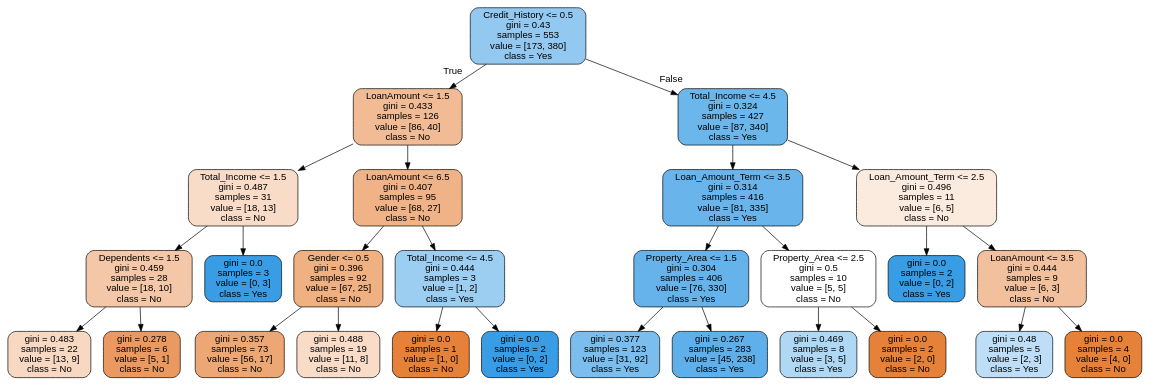
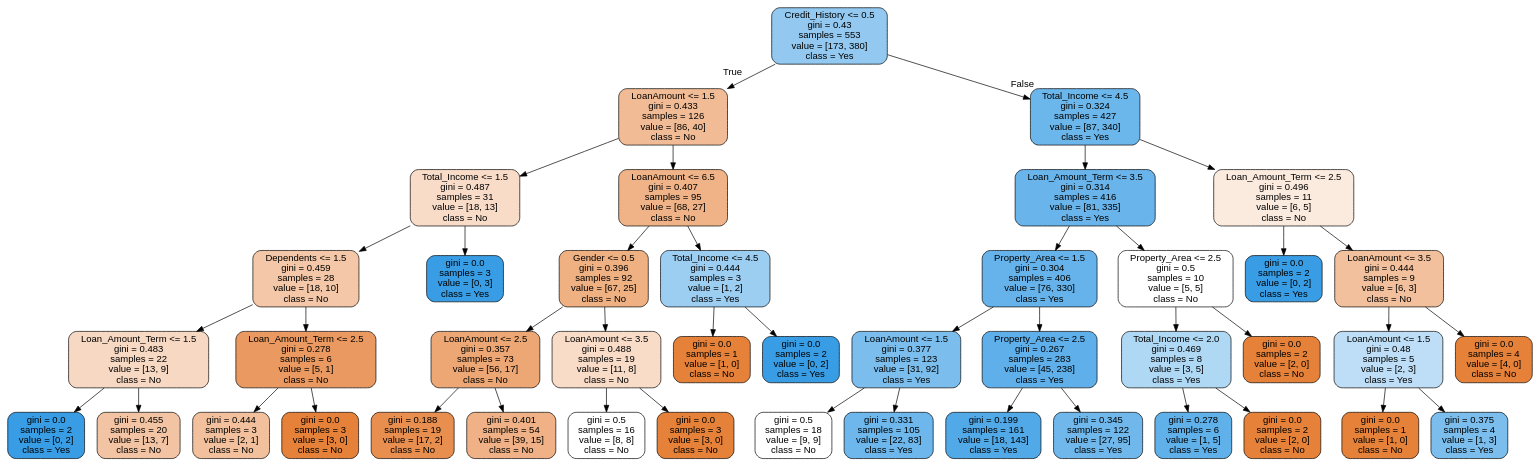
The diagram in Loan_prediction_usingDecision_tree/prediction_tree.dot (asmitaece88/Machine_Deep_learning), drawn with Graphviz before and after one commit. The commit also changed 2 other files, not shown here.

Commit message:
Adding code for Loan prediction

```diff
--- a/Loan_prediction_usingDecision_tree/prediction_tree.dot
+++ b/Loan_prediction_usingDecision_tree/prediction_tree.dot
@@ -1,57 +1,89 @@
 digraph Tree {
 node [shape=box, style="filled, rounded", color="black", fontname=helvetica] ;
 edge [fontname=helvetica] ;
 0 [label="Credit_History <= 0.5\ngini = 0.43\nsamples = 553\nvalue = [173, 380]\nclass = Yes", fillcolor="#399de58b"] ;
 1 [label="LoanAmount <= 1.5\ngini = 0.433\nsamples = 126\nvalue = [86, 40]\nclass = No", fillcolor="#e5813988"] ;
 0 -> 1 [labeldistance=2.5, labelangle=45, headlabel="True"] ;
 2 [label="Total_Income <= 1.5\ngini = 0.487\nsamples = 31\nvalue = [18, 13]\nclass = No", fillcolor="#e5813947"] ;
 1 -> 2 ;
 3 [label="Dependents <= 1.5\ngini = 0.459\nsamples = 28\nvalue = [18, 10]\nclass = No", fillcolor="#e5813971"] ;
 2 -> 3 ;
-4 [label="gini = 0.483\nsamples = 22\nvalue = [13, 9]\nclass = No", fillcolor="#e581394e"] ;
+4 [label="Loan_Amount_Term <= 1.5\ngini = 0.483\nsamples = 22\nvalue = [13, 9]\nclass = No", fillcolor="#e581394e"] ;
 3 -> 4 ;
-5 [label="gini = 0.278\nsamples = 6\nvalue = [5, 1]\nclass = No", fillcolor="#e58139cc"] ;
-3 -> 5 ;
-6 [label="gini = 0.0\nsamples = 3\nvalue = [0, 3]\nclass = Yes", fillcolor="#399de5ff"] ;
-2 -> 6 ;
-7 [label="LoanAmount <= 6.5\ngini = 0.407\nsamples = 95\nvalue = [68, 27]\nclass = No", fillcolor="#e581399a"] ;
-1 -> 7 ;
-8 [label="Gender <= 0.5\ngini = 0.396\nsamples = 92\nvalue = [67, 25]\nclass = No", fillcolor="#e58139a0"] ;
+5 [label="gini = 0.0\nsamples = 2\nvalue = [0, 2]\nclass = Yes", fillcolor="#399de5ff"] ;
+4 -> 5 ;
+6 [label="gini = 0.455\nsamples = 20\nvalue = [13, 7]\nclass = No", fillcolor="#e5813976"] ;
+4 -> 6 ;
+7 [label="Loan_Amount_Term <= 2.5\ngini = 0.278\nsamples = 6\nvalue = [5, 1]\nclass = No", fillcolor="#e58139cc"] ;
+3 -> 7 ;
+8 [label="gini = 0.444\nsamples = 3\nvalue = [2, 1]\nclass = No", fillcolor="#e581397f"] ;
 7 -> 8 ;
-9 [label="gini = 0.357\nsamples = 73\nvalue = [56, 17]\nclass = No", fillcolor="#e58139b2"] ;
-8 -> 9 ;
-10 [label="gini = 0.488\nsamples = 19\nvalue = [11, 8]\nclass = No", fillcolor="#e5813946"] ;
-8 -> 10 ;
-11 [label="Total_Income <= 4.5\ngini = 0.444\nsamples = 3\nvalue = [1, 2]\nclass = Yes", fillcolor="#399de57f"] ;
-7 -> 11 ;
-12 [label="gini = 0.0\nsamples = 1\nvalue = [1, 0]\nclass = No", fillcolor="#e58139ff"] ;
+9 [label="gini = 0.0\nsamples = 3\nvalue = [3, 0]\nclass = No", fillcolor="#e58139ff"] ;
+7 -> 9 ;
+10 [label="gini = 0.0\nsamples = 3\nvalue = [0, 3]\nclass = Yes", fillcolor="#399de5ff"] ;
+2 -> 10 ;
+11 [label="LoanAmount <= 6.5\ngini = 0.407\nsamples = 95\nvalue = [68, 27]\nclass = No", fillcolor="#e581399a"] ;
+1 -> 11 ;
+12 [label="Gender <= 0.5\ngini = 0.396\nsamples = 92\nvalue = [67, 25]\nclass = No", fillcolor="#e58139a0"] ;
 11 -> 12 ;
-13 [label="gini = 0.0\nsamples = 2\nvalue = [0, 2]\nclass = Yes", fillcolor="#399de5ff"] ;
-11 -> 13 ;
-14 [label="Total_Income <= 4.5\ngini = 0.324\nsamples = 427\nvalue = [87, 340]\nclass = Yes", fillcolor="#399de5be"] ;
-0 -> 14 [labeldistance=2.5, labelangle=-45, headlabel="False"] ;
-15 [label="Loan_Amount_Term <= 3.5\ngini = 0.314\nsamples = 416\nvalue = [81, 335]\nclass = Yes", fillcolor="#399de5c1"] ;
-14 -> 15 ;
-16 [label="Property_Area <= 1.5\ngini = 0.304\nsamples = 406\nvalue = [76, 330]\nclass = Yes", fillcolor="#399de5c4"] ;
-15 -> 16 ;
-17 [label="gini = 0.377\nsamples = 123\nvalue = [31, 92]\nclass = Yes", fillcolor="#399de5a9"] ;
+13 [label="LoanAmount <= 2.5\ngini = 0.357\nsamples = 73\nvalue = [56, 17]\nclass = No", fillcolor="#e58139b2"] ;
+12 -> 13 ;
+14 [label="gini = 0.188\nsamples = 19\nvalue = [17, 2]\nclass = No", fillcolor="#e58139e1"] ;
+13 -> 14 ;
+15 [label="gini = 0.401\nsamples = 54\nvalue = [39, 15]\nclass = No", fillcolor="#e581399d"] ;
+13 -> 15 ;
+16 [label="LoanAmount <= 3.5\ngini = 0.488\nsamples = 19\nvalue = [11, 8]\nclass = No", fillcolor="#e5813946"] ;
+12 -> 16 ;
+17 [label="gini = 0.5\nsamples = 16\nvalue = [8, 8]\nclass = No", fillcolor="#e5813900"] ;
 16 -> 17 ;
-18 [label="gini = 0.267\nsamples = 283\nvalue = [45, 238]\nclass = Yes", fillcolor="#399de5cf"] ;
+18 [label="gini = 0.0\nsamples = 3\nvalue = [3, 0]\nclass = No", fillcolor="#e58139ff"] ;
 16 -> 18 ;
-19 [label="Property_Area <= 2.5\ngini = 0.5\nsamples = 10\nvalue = [5, 5]\nclass = No", fillcolor="#e5813900"] ;
-15 -> 19 ;
-20 [label="gini = 0.469\nsamples = 8\nvalue = [3, 5]\nclass = Yes", fillcolor="#399de566"] ;
+19 [label="Total_Income <= 4.5\ngini = 0.444\nsamples = 3\nvalue = [1, 2]\nclass = Yes", fillcolor="#399de57f"] ;
+11 -> 19 ;
+20 [label="gini = 0.0\nsamples = 1\nvalue = [1, 0]\nclass = No", fillcolor="#e58139ff"] ;
 19 -> 20 ;
-21 [label="gini = 0.0\nsamples = 2\nvalue = [2, 0]\nclass = No", fillcolor="#e58139ff"] ;
+21 [label="gini = 0.0\nsamples = 2\nvalue = [0, 2]\nclass = Yes", fillcolor="#399de5ff"] ;
 19 -> 21 ;
-22 [label="Loan_Amount_Term <= 2.5\ngini = 0.496\nsamples = 11\nvalue = [6, 5]\nclass = No", fillcolor="#e581392a"] ;
-14 -> 22 ;
-23 [label="gini = 0.0\nsamples = 2\nvalue = [0, 2]\nclass = Yes", fillcolor="#399de5ff"] ;
+22 [label="Total_Income <= 4.5\ngini = 0.324\nsamples = 427\nvalue = [87, 340]\nclass = Yes", fillcolor="#399de5be"] ;
+0 -> 22 [labeldistance=2.5, labelangle=-45, headlabel="False"] ;
+23 [label="Loan_Amount_Term <= 3.5\ngini = 0.314\nsamples = 416\nvalue = [81, 335]\nclass = Yes", fillcolor="#399de5c1"] ;
 22 -> 23 ;
-24 [label="LoanAmount <= 3.5\ngini = 0.444\nsamples = 9\nvalue = [6, 3]\nclass = No", fillcolor="#e581397f"] ;
-22 -> 24 ;
-25 [label="gini = 0.48\nsamples = 5\nvalue = [2, 3]\nclass = Yes", fillcolor="#399de555"] ;
+24 [label="Property_Area <= 1.5\ngini = 0.304\nsamples = 406\nvalue = [76, 330]\nclass = Yes", fillcolor="#399de5c4"] ;
+23 -> 24 ;
+25 [label="LoanAmount <= 1.5\ngini = 0.377\nsamples = 123\nvalue = [31, 92]\nclass = Yes", fillcolor="#399de5a9"] ;
 24 -> 25 ;
-26 [label="gini = 0.0\nsamples = 4\nvalue = [4, 0]\nclass = No", fillcolor="#e58139ff"] ;
-24 -> 26 ;
+26 [label="gini = 0.5\nsamples = 18\nvalue = [9, 9]\nclass = No", fillcolor="#e5813900"] ;
+25 -> 26 ;
+27 [label="gini = 0.331\nsamples = 105\nvalue = [22, 83]\nclass = Yes", fillcolor="#399de5bb"] ;
+25 -> 27 ;
+28 [label="Property_Area <= 2.5\ngini = 0.267\nsamples = 283\nvalue = [45, 238]\nclass = Yes", fillcolor="#399de5cf"] ;
+24 -> 28 ;
+29 [label="gini = 0.199\nsamples = 161\nvalue = [18, 143]\nclass = Yes", fillcolor="#399de5df"] ;
+28 -> 29 ;
+30 [label="gini = 0.345\nsamples = 122\nvalue = [27, 95]\nclass = Yes", fillcolor="#399de5b7"] ;
+28 -> 30 ;
+31 [label="Property_Area <= 2.5\ngini = 0.5\nsamples = 10\nvalue = [5, 5]\nclass = No", fillcolor="#e5813900"] ;
+23 -> 31 ;
+32 [label="Total_Income <= 2.0\ngini = 0.469\nsamples = 8\nvalue = [3, 5]\nclass = Yes", fillcolor="#399de566"] ;
+31 -> 32 ;
+33 [label="gini = 0.278\nsamples = 6\nvalue = [1, 5]\nclass = Yes", fillcolor="#399de5cc"] ;
+32 -> 33 ;
+34 [label="gini = 0.0\nsamples = 2\nvalue = [2, 0]\nclass = No", fillcolor="#e58139ff"] ;
+32 -> 34 ;
+35 [label="gini = 0.0\nsamples = 2\nvalue = [2, 0]\nclass = No", fillcolor="#e58139ff"] ;
+31 -> 35 ;
+36 [label="Loan_Amount_Term <= 2.5\ngini = 0.496\nsamples = 11\nvalue = [6, 5]\nclass = No", fillcolor="#e581392a"] ;
+22 -> 36 ;
+37 [label="gini = 0.0\nsamples = 2\nvalue = [0, 2]\nclass = Yes", fillcolor="#399de5ff"] ;
+36 -> 37 ;
+38 [label="LoanAmount <= 3.5\ngini = 0.444\nsamples = 9\nvalue = [6, 3]\nclass = No", fillcolor="#e581397f"] ;
+36 -> 38 ;
+39 [label="LoanAmount <= 1.5\ngini = 0.48\nsamples = 5\nvalue = [2, 3]\nclass = Yes", fillcolor="#399de555"] ;
+38 -> 39 ;
+40 [label="gini = 0.0\nsamples = 1\nvalue = [1, 0]\nclass = No", fillcolor="#e58139ff"] ;
+39 -> 40 ;
+41 [label="gini = 0.375\nsamples = 4\nvalue = [1, 3]\nclass = Yes", fillcolor="#399de5aa"] ;
+39 -> 41 ;
+42 [label="gini = 0.0\nsamples = 4\nvalue = [4, 0]\nclass = No", fillcolor="#e58139ff"] ;
+38 -> 42 ;
 }
```
